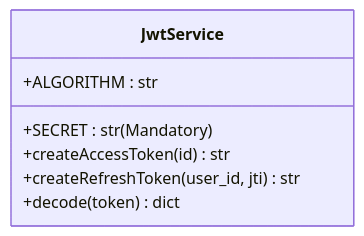
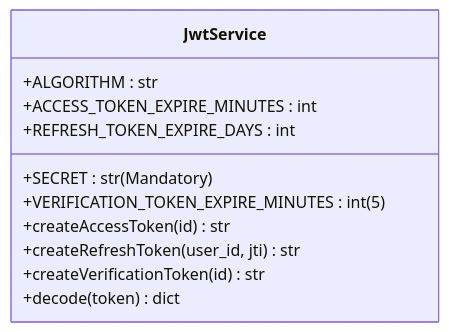
The fifth of 13 diagrams in .qoder/repowiki/en/content/Core Concepts/User Authentication System.md (srikant-panda/auth-service), drawn with Mermaid before and after one commit. The commit also changed other lines of this file and 11 other files, not shown here.

````diff
--- a/.qoder/repowiki/en/content/Core Concepts/User Authentication System.md
+++ b/.qoder/repowiki/en/content/Core Concepts/User Authentication System.md
@@ -234,10 +257,14 @@
 ```mermaid
 classDiagram
 class JwtService {
 +SECRET : str (Mandatory)
 +ALGORITHM : str
++ACCESS_TOKEN_EXPIRE_MINUTES : int
++REFRESH_TOKEN_EXPIRE_DAYS : int
++VERIFICATION_TOKEN_EXPIRE_MINUTES : int (5)
 +createAccessToken(id) str
 +createRefreshToken(user_id, jti) str
++createVerificationToken(id) str
 +decode(token) dict
 }
 ```
````
